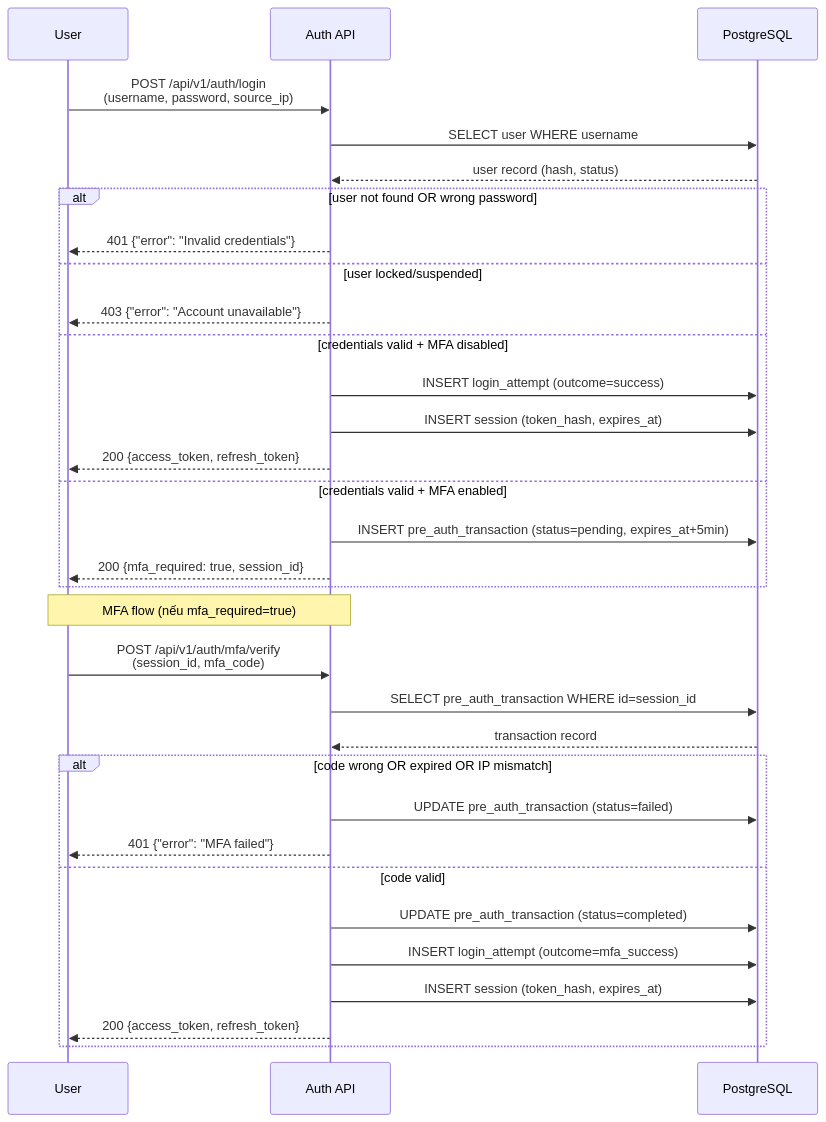
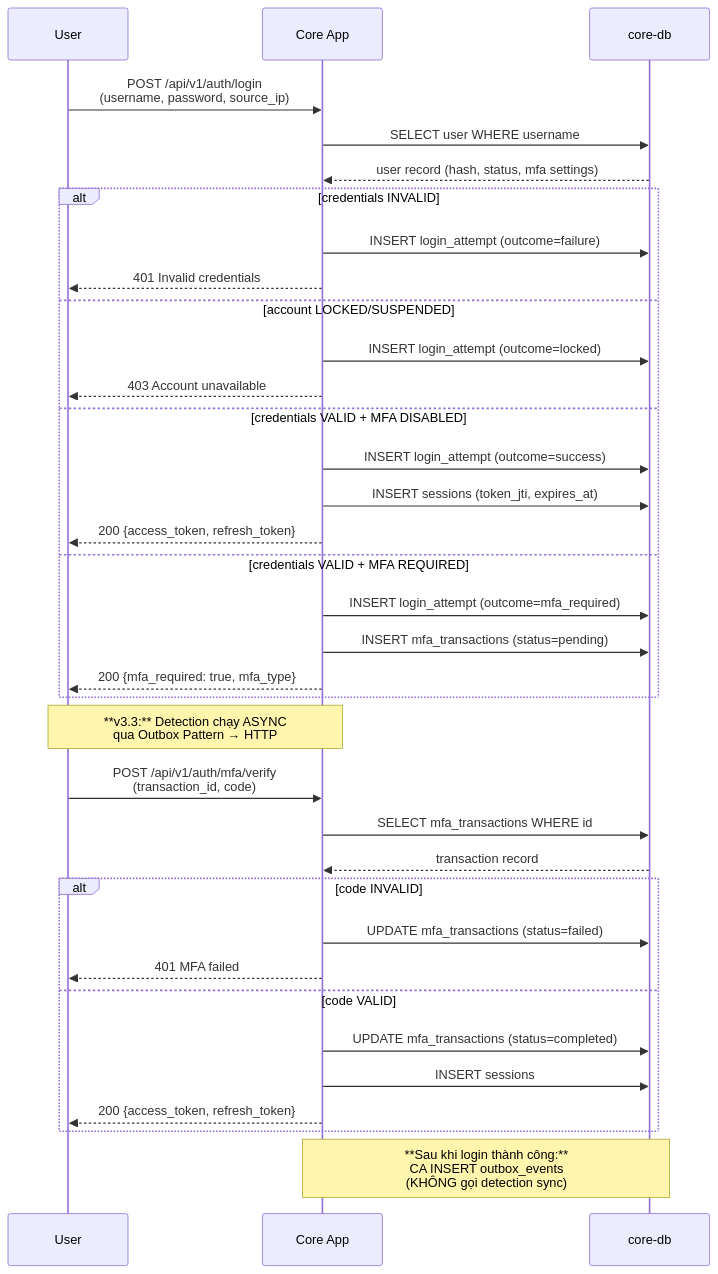
One commit to Albert-Tuan/sentinel-auth changed the second of 7 diagrams in docs/workflows.mmd. Above: the diagram before and after it, drawn with Mermaid. The commit also changed other lines of this file and 73 other files, not shown here.

````diff
--- a/docs/workflows.mmd
+++ b/docs/workflows.mmd
@@ -10,39 +42,43 @@
 ```mermaid
 sequenceDiagram
     participant U as User
-    participant A as Auth API
-    participant DB as PostgreSQL
+    participant CA as Core App
+    participant CDB as core-db
 
-    U->>A: POST /api/v1/auth/login<br/>(username, password, source_ip)
-    A->>DB: SELECT user WHERE username
-    DB-->>A: user record (hash, status)
+    U->>CA: POST /api/v1/auth/login<br/>(username, password, source_ip)
+    CA->>CDB: SELECT user WHERE username
+    CDB-->>CA: user record (hash, status, mfa settings)
 
-    alt user not found OR wrong password
-        A-->>U: 401 {"error": "Invalid credentials"}
-    else user locked/suspended
-        A-->>U: 403 {"error": "Account unavailable"}
-    else credentials valid + MFA disabled
-        A->>DB: INSERT login_attempt (outcome=success)
-        A->>DB: INSERT session (token_hash, expires_at)
-        A-->>U: 200 {access_token, refresh_token}
-    else credentials valid + MFA enabled
-        A->>DB: INSERT pre_auth_transaction (status=pending, expires_at+5min)
-        A-->>U: 200 {mfa_required: true, session_id}
+    alt credentials INVALID
+        CA->>CDB: INSERT login_attempt (outcome=failure)
+        CA-->>U: 401 Invalid credentials
+    else account LOCKED/SUSPENDED
+        CA->>CDB: INSERT login_attempt (outcome=locked)
+        CA-->>U: 403 Account unavailable
+    else credentials VALID + MFA DISABLED
+        CA->>CDB: INSERT login_attempt (outcome=success)
+        CA->>CDB: INSERT sessions (token_jti, expires_at)
+        CA-->>U: 200 {access_token, refresh_token}
+    else credentials VALID + MFA REQUIRED
+        CA->>CDB: INSERT login_attempt (outcome=mfa_required)
+        CA->>CDB: INSERT mfa_transactions (status=pending)
+        CA-->>U: 200 {mfa_required: true, mfa_type}
     end
 
-    Note over U,A: MFA flow (nếu mfa_required=true)
+    Note over U,CA: **v3.3:** Detection chạy ASYNC<br/>qua Outbox Pattern → HTTP
 
-    U->>A: POST /api/v1/auth/mfa/verify<br/>(session_id, mfa_code)
-    A->>DB: SELECT pre_auth_transaction WHERE id=session_id
-    DB-->>A: transaction record
+    U->>CA: POST /api/v1/auth/mfa/verify<br/>(transaction_id, code)
+    CA->>CDB: SELECT mfa_transactions WHERE id
+    CDB-->>CA: transaction record
 
-    alt code wrong OR expired OR IP mismatch
-        A->>DB: UPDATE pre_auth_transaction (status=failed)
-        A-->>U: 401 {"error": "MFA failed"}
-    else code valid
-        A->>DB: UPDATE pre_auth_transaction (status=completed)
-        A->>DB: INSERT login_attempt (outcome=mfa_success)
-        A->>DB: INSERT session (token_hash, expires_at)
-        A-->>U: 200 {access_token, refresh_token}
+    alt code INVALID
+        CA->>CDB: UPDATE mfa_transactions (status=failed)
+        CA-->>U: 401 MFA failed
+    else code VALID
+        CA->>CDB: UPDATE mfa_transactions (status=completed)
+        CA->>CDB: INSERT sessions
+        CA-->>U: 200 {access_token, refresh_token}
     end
+
+    Note over CA,CDB: **Sau khi login thành công:**<br/>CA INSERT outbox_events<br/>(KHÔNG gọi detection sync)
 ```
````
